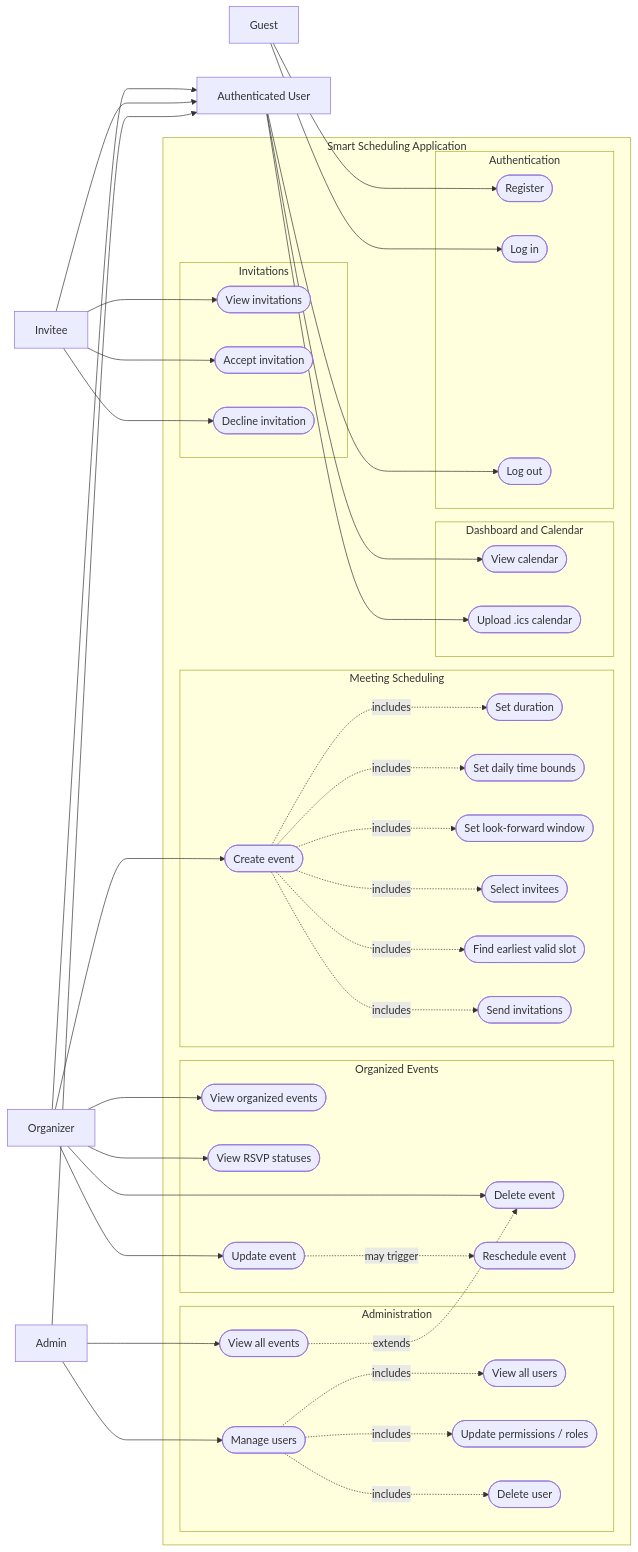
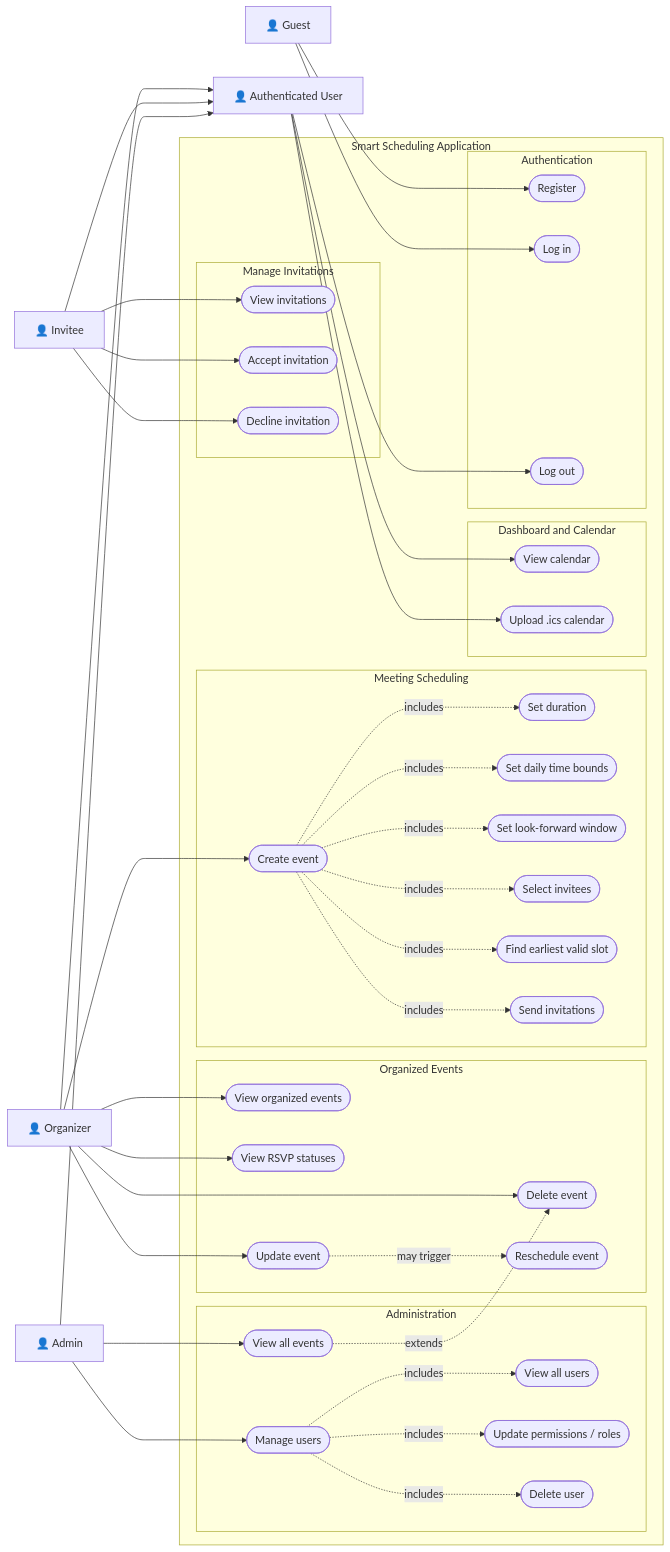
One commit to scarlettcsung/scheduler-app changed the diagram in documentation/UML/usecase-diagram.md. Above: the diagram before and after it, drawn with Mermaid.

Commit message:
CR SS (use case diagram)
added human icon to actors to differentiate actors
(mermaid flowchart doesn't support stick figures :( )
changed Invitations to Manage Invitations

````diff
--- a/documentation/UML/usecase-diagram.md
+++ b/documentation/UML/usecase-diagram.md
@@ -1,11 +1,11 @@
 ```mermaid
 flowchart LR
     %% Actors
-    Admin[Admin]
-    Invitee[Invitee]
-    Organizer[Organizer]
-    AuthUser[Authenticated User]
-    Guest[Guest]
+    Admin[👤 Admin]
+    Invitee[👤 Invitee]
+    Organizer[👤 Organizer]
+    AuthUser[👤 Authenticated User]
+    Guest[👤 Guest]
 
     %% Actor Inheritance / Generalization
     Admin ---> AuthUser
@@ -26,7 +26,7 @@
             UC_ManageUsers -.->|includes| UC_DeleteUser
         end
 
-        subgraph Invitations [Invitations]
+        subgraph Manage Invitations [Manage Invitations]
             UC_ViewInvites([View invitations])
             UC_AcceptInvite([Accept invitation])
             UC_DeclineInvite([Decline invitation])
````
